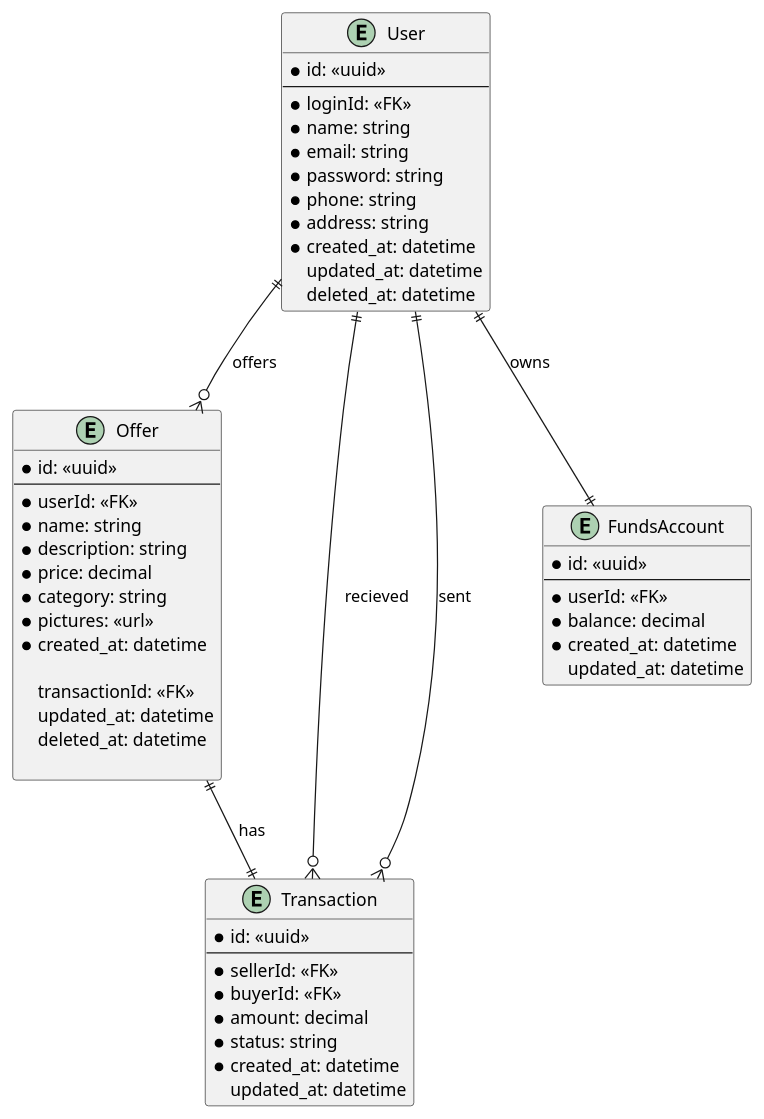
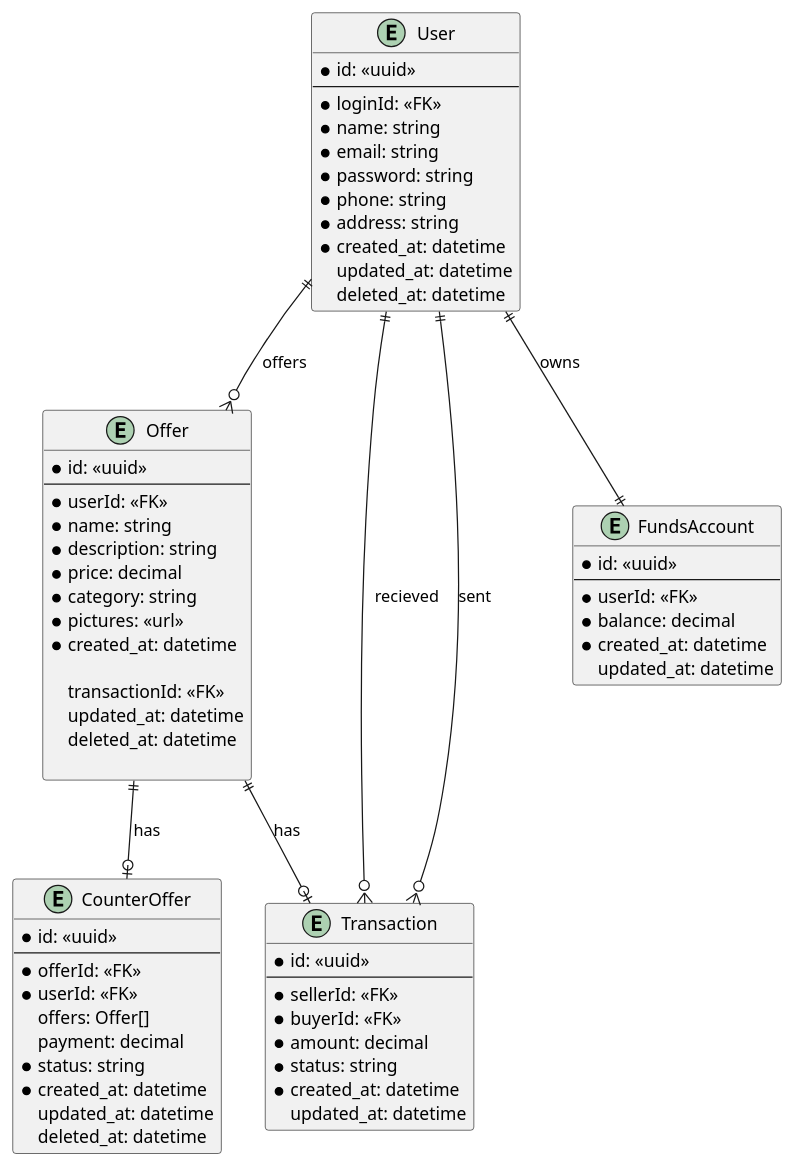
Before and after one commit to Jarda236/p2p-marketplace: the diagram in SWING/diagrams/erd.puml, drawn with PlantUML.

Commit message:
feat: added CounterOffer

```diff
--- a/SWING/diagrams/erd.puml
+++ b/SWING/diagrams/erd.puml
@@ -1,61 +1,75 @@
 @startuml P2P Marketplace
 
 entity Offer {
     * id: <<uuid>>
     --
     * userId: <<FK>>
     * name: string
     * description: string
     * price: decimal
     * category: string
     * pictures: <<url>>
     * created_at: datetime
 
     transactionId: <<FK>>
     updated_at: datetime
     deleted_at: datetime
 
 }
 
 entity User {
     * id: <<uuid>>
     --
     * loginId: <<FK>>
     * name: string
     * email: string
     * password: string
     * phone: string
     * address: string
     * created_at: datetime
     updated_at: datetime
     deleted_at: datetime
 }
 
 entity Transaction {
     * id: <<uuid>>
     --
     * sellerId: <<FK>>
     * buyerId: <<FK>>
     * amount: decimal
     * status: string
     * created_at: datetime
     updated_at: datetime
 }
 
 entity FundsAccount {
     * id: <<uuid>>
     --
     * userId: <<FK>>
     * balance: decimal
 /'    * currency: string '/
     * created_at: datetime
     updated_at: datetime
 }
 
+entity CounterOffer {
+    *id: <<uuid>>
+    --
+    *offerId: <<FK>>
+    *userId: <<FK>>
+    offers: Offer[]
+    payment: decimal
+    *status: string
+    *created_at: datetime
+    updated_at: datetime
+    deleted_at: datetime
+}
+
 User ||--o{ Offer : offers  
 User ||--o{ Transaction : recieved
 User ||--o{ Transaction : sent
-Offer ||--|| Transaction : has
+Offer ||--o| Transaction : has
 User ||--|| FundsAccount : owns
+Offer ||--o| CounterOffer : has
 
 @enduml
```
